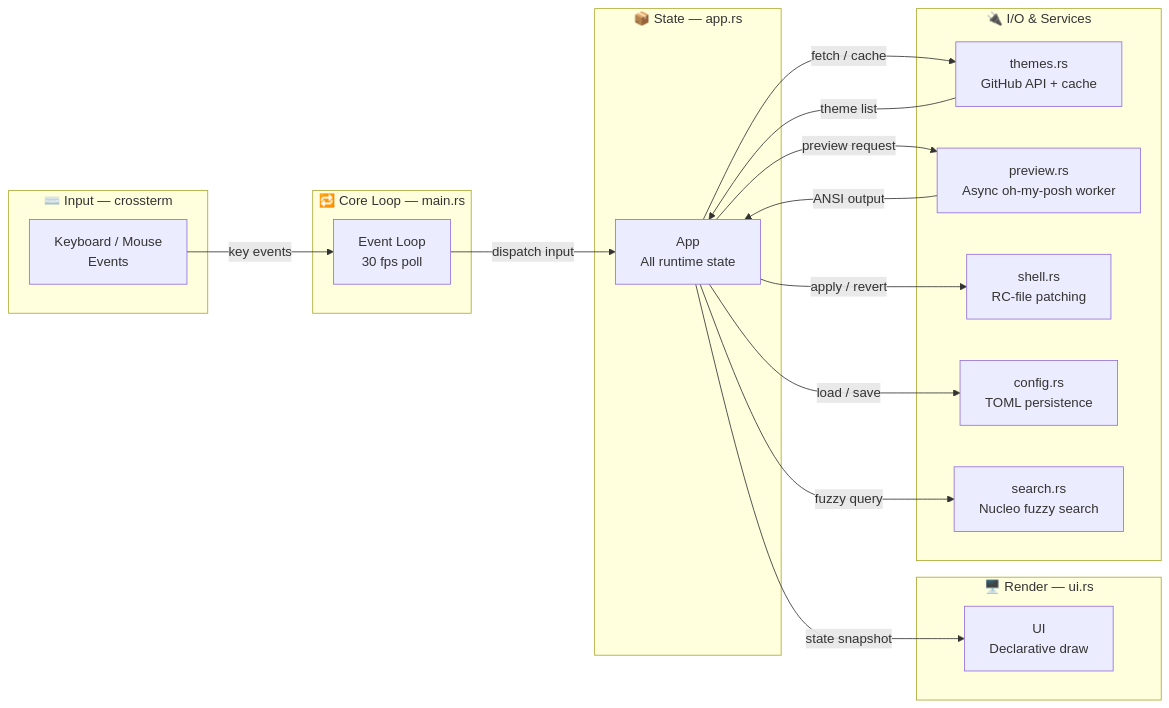
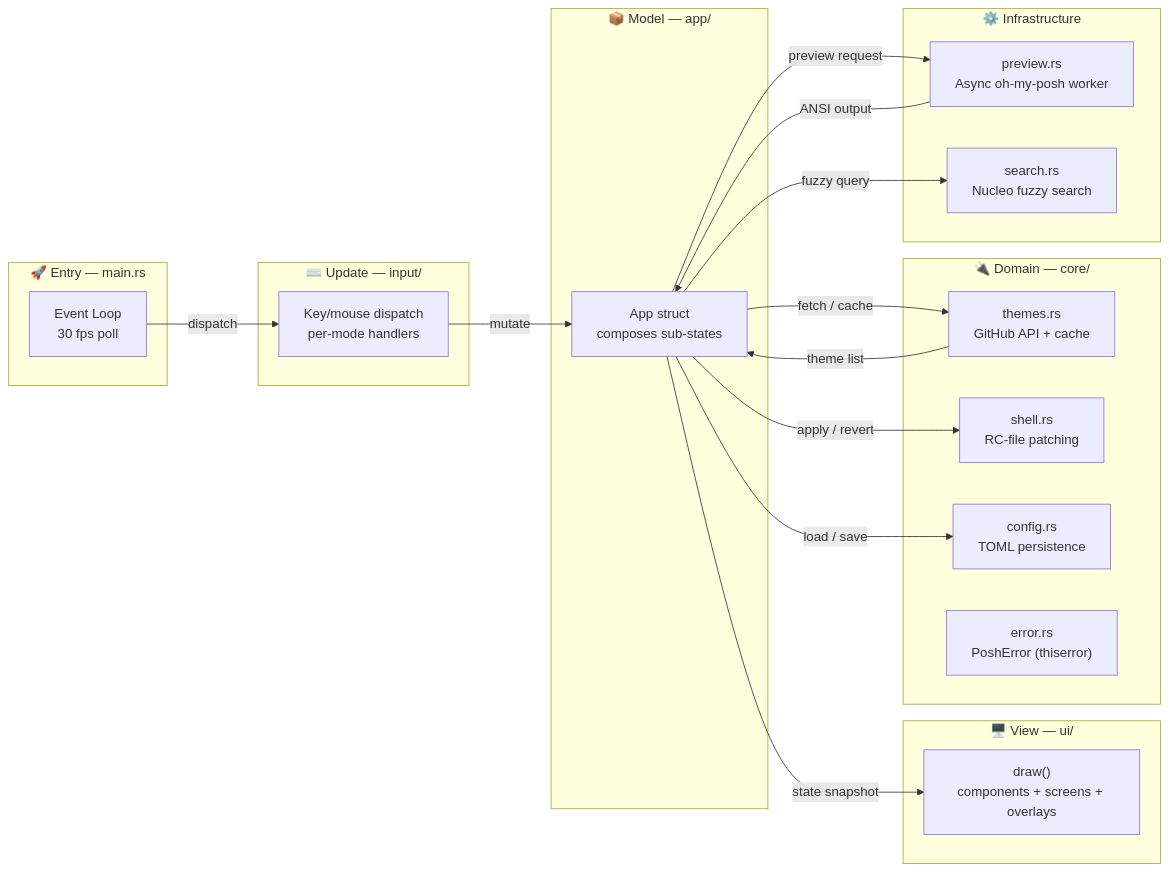
The first of 2 diagrams in DOCUMENTATION.md (RayenBHK/posh-tui), drawn with Mermaid before and after one commit. The commit also changed other lines of this file and 1 other file, not shown here.

````diff
--- a/DOCUMENTATION.md
+++ b/DOCUMENTATION.md
@@ -100,37 +100,41 @@
 ```mermaid
 graph LR
-    subgraph Core ["🔁 Core Loop  —  main.rs"]
+    subgraph Entry ["🚀 Entry — main.rs"]
         EL["Event Loop\n30 fps poll"]
     end
 
-    subgraph State ["📦 State  —  app.rs"]
-        APP["App\nAll runtime state"]
+    subgraph State ["📦 Model — app/"]
+        APP["App struct\ncomposes sub-states"]
     end
 
-    subgraph Render ["🖥️ Render  —  ui.rs"]
-        UI["UI\nDeclarative draw"]
+    subgraph Render ["🖥️ View — ui/"]
+        UI["draw()\ncomponents + screens + overlays"]
     end
 
-    subgraph IO ["🔌 I/O & Services"]
+    subgraph Input ["⌨️ Update — input/"]
+        IN["Key/mouse dispatch\nper-mode handlers"]
+    end
+
+    subgraph Domain ["🔌 Domain — core/"]
         TH["themes.rs\nGitHub API + cache"]
-        PV["preview.rs\nAsync oh-my-posh worker"]
         SH["shell.rs\nRC-file patching"]
         CF["config.rs\nTOML persistence"]
+        ERR["error.rs\nPoshError (thiserror)"]
+    end
+
+    subgraph Infra ["⚙️ Infrastructure"]
+        PV["preview.rs\nAsync oh-my-posh worker"]
         SR["search.rs\nNucleo fuzzy search"]
     end
 
-    subgraph Input ["⌨️ Input  —  crossterm"]
-        CT["Keyboard / Mouse\nEvents"]
-    end
-
-    CT -->|"key events"| EL
-    EL -->|"dispatch input"| APP
+    EL -->|"dispatch"| IN
+    IN -->|"mutate"| APP
     APP -->|"state snapshot"| UI
     APP -->|"fetch / cache"| TH
     APP -->|"preview request"| PV
     APP -->|"apply / revert"| SH
     APP -->|"load / save"| CF
     APP -->|"fuzzy query"| SR
     PV -->|"ANSI output"| APP
     TH -->|"theme list"| APP
 ```
````
